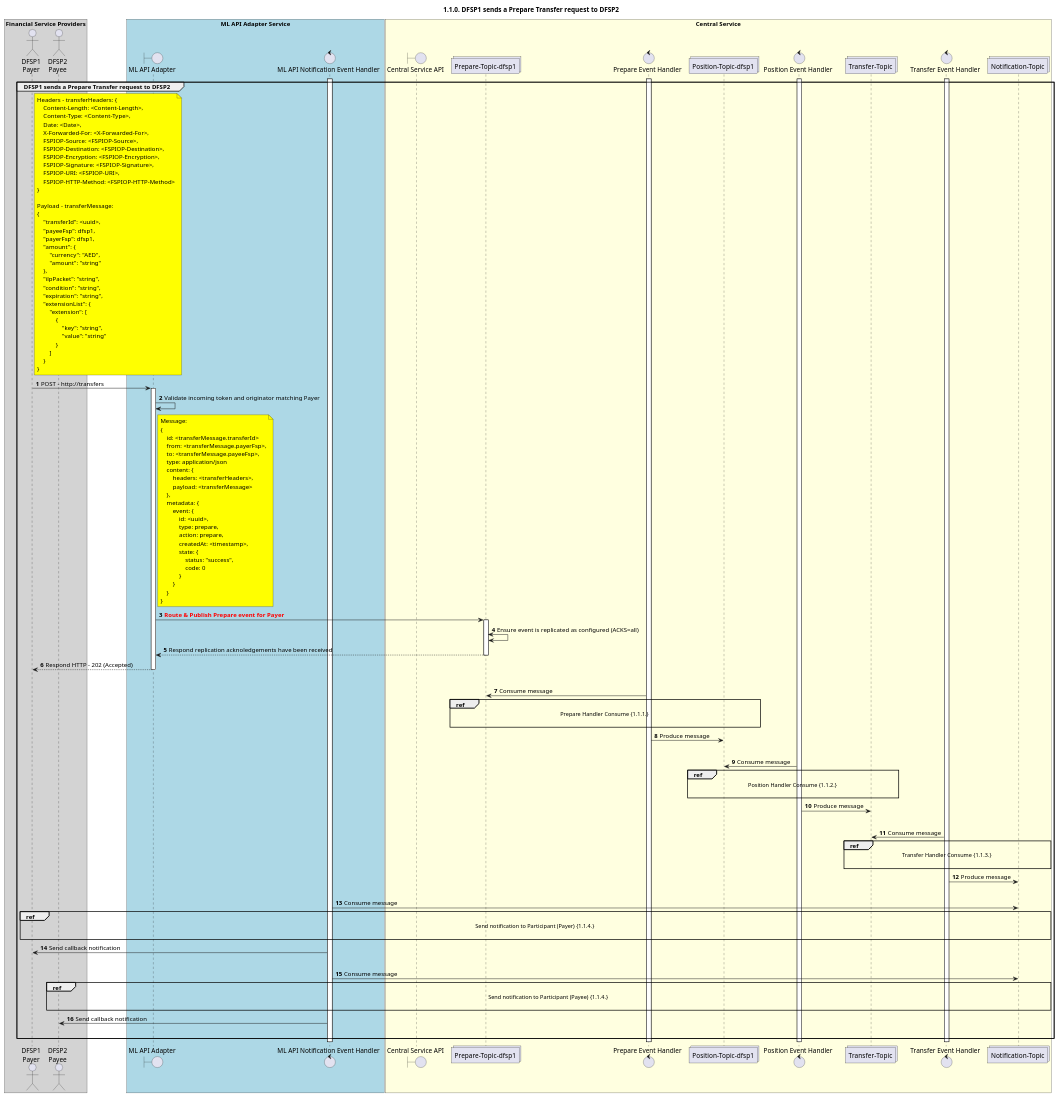
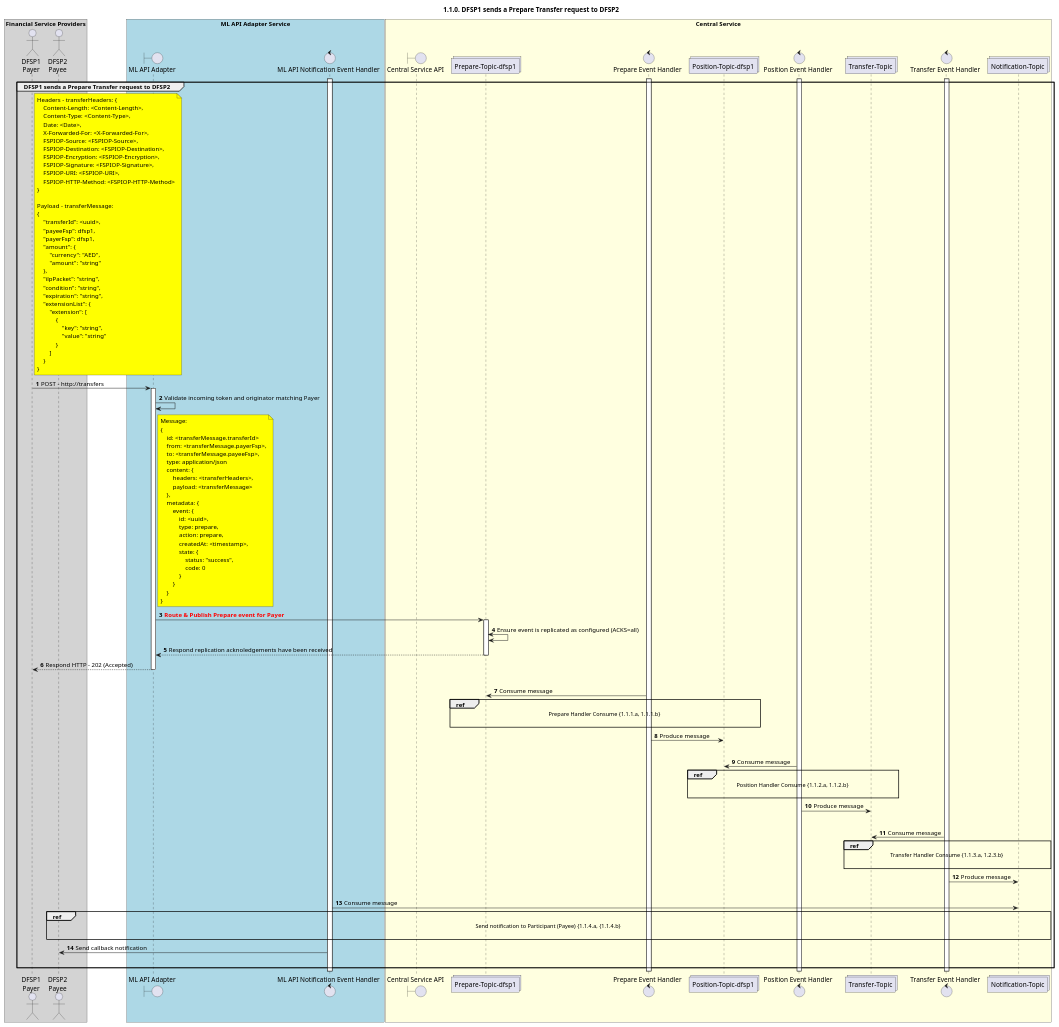
The diagram in CentralServices/seq_diagrams/seq-prepare-1.1.0.plantuml (ggrg/docs), drawn with PlantUML before and after one commit. The commit also changed 37 other files, not shown here.

```diff
--- a/CentralServices/seq_diagrams/seq-prepare-1.1.0.plantuml
+++ b/CentralServices/seq_diagrams/seq-prepare-1.1.0.plantuml
@@ -1,166 +1,162 @@
 @startuml
 ' declate title
 title 1.1.0. DFSP1 sends a Prepare Transfer request to DFSP2
 
 autonumber
 
 ' Actor Keys:
 '   boundary - APIs/Interfaces, etc
 '   collections - Kafka Topics
 '   control - Kafka Consumers
 '   entity - Database Access Objects
 '   database - Database Persistance Store
 
 ' declare actors
 actor "DFSP1\nPayer" as DFSP1
 actor "DFSP2\nPayee" as DFSP2
 boundary "ML API Adapter" as MLAPI
 control "ML API Notification Event Handler" as NOTIFY_HANDLER
 boundary "Central Service API" as CSAPI
 collections "Prepare-Topic-dfsp1" as TOPIC_PREPARE_DFSP1
 control "Prepare Event Handler" as PREP_HANDLER
 collections "Position-Topic-dfsp1" as TOPIC_POSITION_DFSP1
 control "Position Event Handler" as POS_HANDLER
 collections "Transfer-Topic" as TOPIC_TRANSFERS
 control "Transfer Event Handler" as TRANS_HANDLER
 collections "Notification-Topic" as TOPIC_NOTIFICATIONS
 ' collections "Errors-Topic" as ERRORS_NOTIFICATIONS
 ' entity "Position DAO" as POS_DAO
 ' entity "Event DAO" as EVENT_DAO
 ' entity "Transfer DAO" as TRANS_DAO
 ' entity "Notification DAO" as NOTIFY_DAO
 ' entity "Participant DAO" as PARTICIPANT_DAO
 ' database "Central Store" as DB
 
 box "Financial Service Providers" #lightGray
 	participant DFSP1
 	participant DFSP2
 end box
 
 box "ML API Adapter Service" #LightBlue
 	participant MLAPI
 	participant NOTIFY_HANDLER
 end box
 
 box "Central Service" #LightYellow
     participant CSAPI
 	participant TOPIC_PREPARE_DFSP1
     participant PREP_HANDLER
     participant TOPIC_POSITION_DFSP1
     participant POS_HANDLER
     participant TOPIC_TRANSFERS
     participant TRANS_HANDLER
     participant TOPIC_NOTIFICATIONS
     ' participant ERRORS_NOTIFICATIONS
     ' participant POS_DAO
     ' participant EVENT_DAO
     ' participant TRANS_DAO
     ' participant NOTIFY_DAO
     ' participant PARTICIPANT_DAO
     ' participant DB
 end box
 
 ' start flow
 activate NOTIFY_HANDLER
 activate PREP_HANDLER
 activate POS_HANDLER
 activate TRANS_HANDLER
 group DFSP1 sends a Prepare Transfer request to DFSP2
     note right of DFSP1 #yellow
         Headers - transferHeaders: {
             Content-Length: <Content-Length>,
             Content-Type: <Content-Type>,
             Date: <Date>,
             X-Forwarded-For: <X-Forwarded-For>,
             FSPIOP-Source: <FSPIOP-Source>,
             FSPIOP-Destination: <FSPIOP-Destination>,
             FSPIOP-Encryption: <FSPIOP-Encryption>,
             FSPIOP-Signature: <FSPIOP-Signature>,
             FSPIOP-URI: <FSPIOP-URI>,
             FSPIOP-HTTP-Method: <FSPIOP-HTTP-Method>
         }
 
         Payload - transferMessage:
         {
             "transferId": <uuid>,
             "payeeFsp": dfsp1,
             "payerFsp": dfsp1,
             "amount": {
                 "currency": "AED",
                 "amount": "string"
             },
             "ilpPacket": "string",
             "condition": "string",
             "expiration": "string",
             "extensionList": {
                 "extension": [
                     {
                         "key": "string",
                         "value": "string"
                     }
                 ]
             }
         }
     end note
     DFSP1 -> MLAPI: POST - http://transfers
     activate MLAPI
     MLAPI -> MLAPI: Validate incoming token and originator matching Payer
     note right of MLAPI #yellow
         Message:
         {
             id: <transferMessage.transferId>
             from: <transferMessage.payerFsp>,
             to: <transferMessage.payeeFsp>,
             type: application/json
             content: {
                 headers: <transferHeaders>,
                 payload: <transferMessage>
             },
             metadata: {
                 event: {
                     id: <uuid>,
                     type: prepare,
                     action: prepare,
                     createdAt: <timestamp>,
                     state: {
                         status: "success",
                         code: 0
                     }
                 }
             }
         }
     end note
     MLAPI -> TOPIC_PREPARE_DFSP1: <color #FF0000>**Route & Publish Prepare event for Payer**</color>
     activate TOPIC_PREPARE_DFSP1
     TOPIC_PREPARE_DFSP1 <-> TOPIC_PREPARE_DFSP1: Ensure event is replicated as configured (ACKS=all)
     TOPIC_PREPARE_DFSP1 --> MLAPI: Respond replication acknoledgements have been received
     deactivate TOPIC_PREPARE_DFSP1
     MLAPI ---> DFSP1: Respond HTTP - 202 (Accepted)
     deactivate MLAPI
     |||
     TOPIC_PREPARE_DFSP1 <- PREP_HANDLER: Consume message
-    ref over TOPIC_PREPARE_DFSP1, PREP_HANDLER, TOPIC_POSITION_DFSP1 :  Prepare Handler Consume {1.1.1.} \n
+    ref over TOPIC_PREPARE_DFSP1, PREP_HANDLER, TOPIC_POSITION_DFSP1 :  Prepare Handler Consume {1.1.1.a, 1.1.1.b} \n
     PREP_HANDLER -> TOPIC_POSITION_DFSP1: Produce message
     |||
     TOPIC_POSITION_DFSP1 <- POS_HANDLER: Consume message
-    ref over TOPIC_POSITION_DFSP1, POS_HANDLER, TOPIC_TRANSFERS : Position Handler Consume {1.1.2.} \n
+    ref over TOPIC_POSITION_DFSP1, POS_HANDLER, TOPIC_TRANSFERS : Position Handler Consume {1.1.2.a, 1.1.2.b} \n
     POS_HANDLER -> TOPIC_TRANSFERS: Produce message
     |||
     TOPIC_TRANSFERS <- TRANS_HANDLER: Consume message
-    ref over TOPIC_TRANSFERS, TRANS_HANDLER, TOPIC_NOTIFICATIONS : Transfer Handler Consume {1.1.3.} \n
+    ref over TOPIC_TRANSFERS, TRANS_HANDLER, TOPIC_NOTIFICATIONS : Transfer Handler Consume {1.1.3.a, 1.2.3.b} \n
     TRANS_HANDLER -> TOPIC_NOTIFICATIONS: Produce message
     |||
     TOPIC_NOTIFICATIONS <- NOTIFY_HANDLER: Consume message
-    ref over DFSP1, TOPIC_NOTIFICATIONS : Send notification to Participant (Payer) {1.1.4.} \n
-    NOTIFY_HANDLER -> DFSP1: Send callback notification
-    |||
-    TOPIC_NOTIFICATIONS <- NOTIFY_HANDLER: Consume message
-    ref over DFSP2, TOPIC_NOTIFICATIONS : Send notification to Participant (Payee) {1.1.4.} \n
+    ref over DFSP2, TOPIC_NOTIFICATIONS : Send notification to Participant (Payee) {1.1.4.a, {1.1.4.b} \n
     NOTIFY_HANDLER -> DFSP2: Send callback notification
     |||
 end
 deactivate TRANS_HANDLER
 deactivate POS_HANDLER
 deactivate PREP_HANDLER
 deactivate NOTIFY_HANDLER
 @enduml
```
